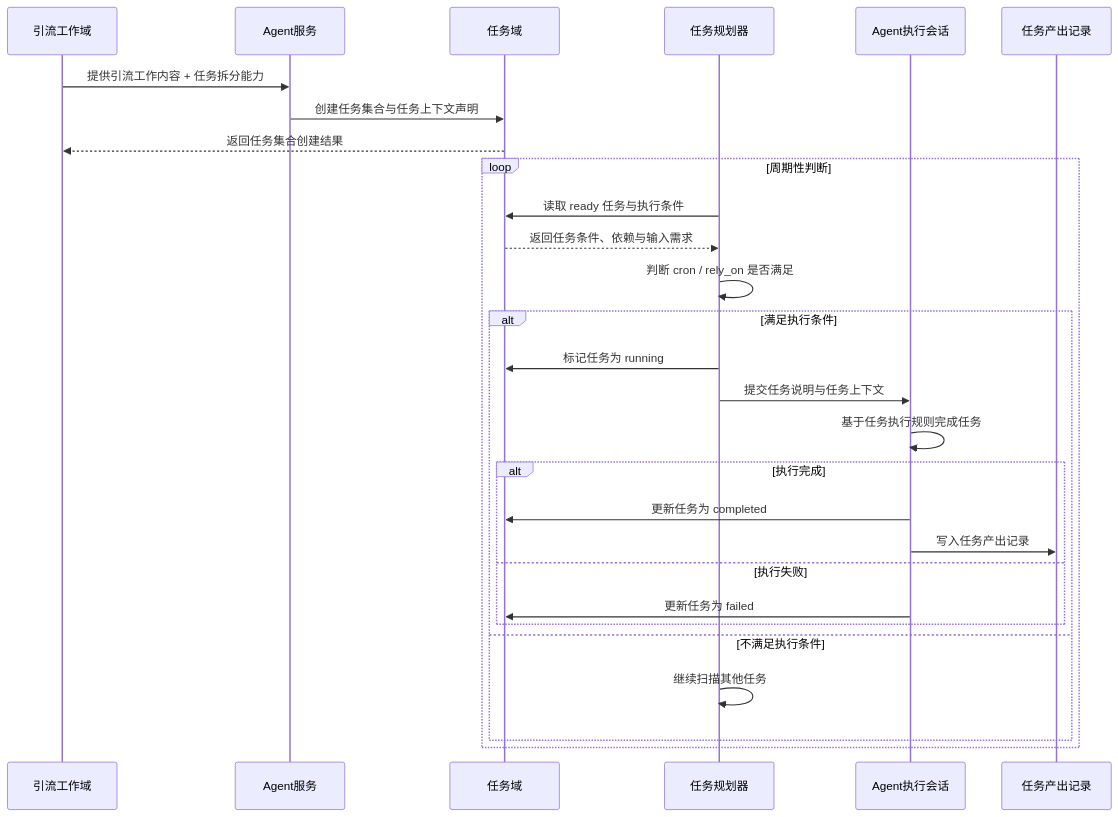
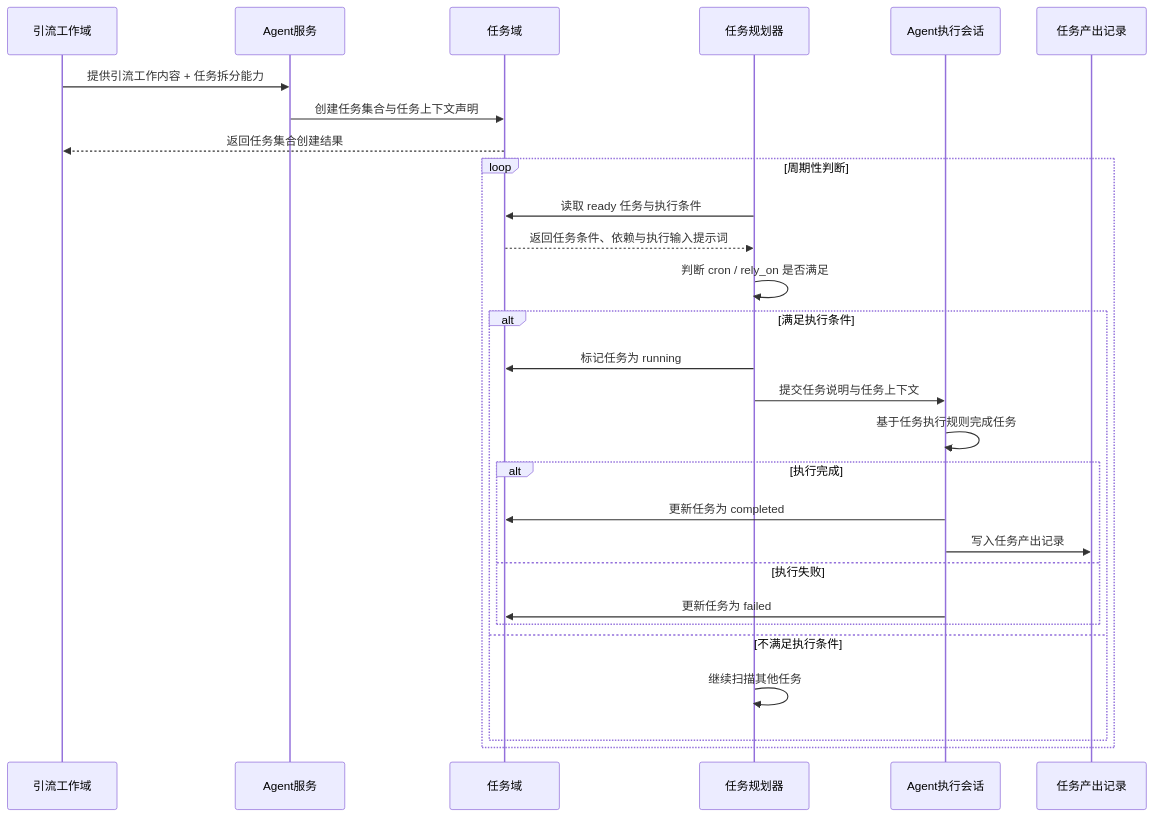
One commit to Time-Machine-Lab/CyberNomads changed the second of 2 diagrams in docs/design/domain/Cybernomads任务领域设计文档.md. Above: the diagram before and after it, drawn with Mermaid. The commit also changed other lines of this file and 33 other files, not shown here.

````diff
--- a/docs/design/domain/Cybernomads任务领域设计文档.md
+++ b/docs/design/domain/Cybernomads任务领域设计文档.md
@@ -194,32 +194,32 @@
 ```mermaid
 sequenceDiagram
     participant WorkDomain as 引流工作域
     participant Agent as Agent服务
     participant TaskDomain as 任务域
     participant Planner as 任务规划器
     participant Executor as Agent执行会话
     participant Output as 任务产出记录
 
     WorkDomain->>Agent: 提供引流工作内容 + 任务拆分能力
     Agent->>TaskDomain: 创建任务集合与任务上下文声明
     TaskDomain-->>WorkDomain: 返回任务集合创建结果
 
     loop 周期性判断
         Planner->>TaskDomain: 读取 ready 任务与执行条件
-        TaskDomain-->>Planner: 返回任务条件、依赖与输入需求
+        TaskDomain-->>Planner: 返回任务条件、依赖与执行输入提示词
         Planner->>Planner: 判断 cron / rely_on 是否满足
         alt 满足执行条件
             Planner->>TaskDomain: 标记任务为 running
             Planner->>Executor: 提交任务说明与任务上下文
             Executor->>Executor: 基于任务执行规则完成任务
             alt 执行完成
                 Executor->>TaskDomain: 更新任务为 completed
                 Executor->>Output: 写入任务产出记录
             else 执行失败
                 Executor->>TaskDomain: 更新任务为 failed
             end
         else 不满足执行条件
             Planner->>Planner: 继续扫描其他任务
         end
     end
 ```
````
